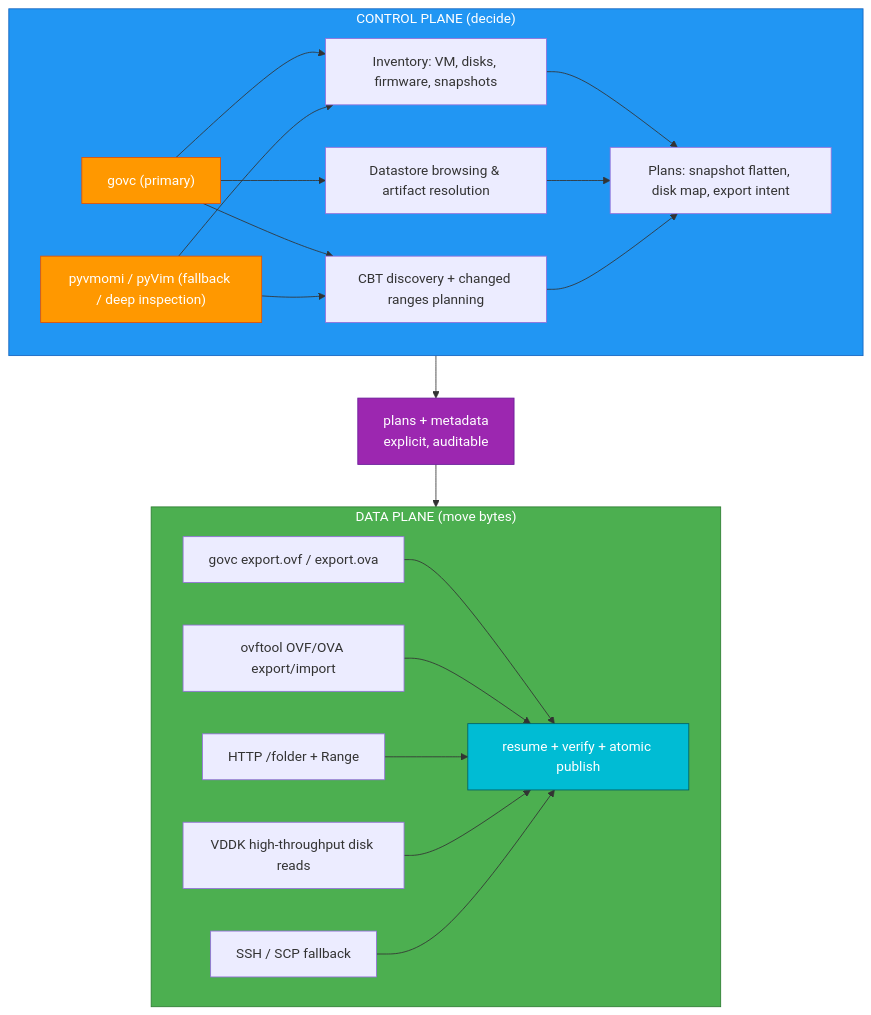
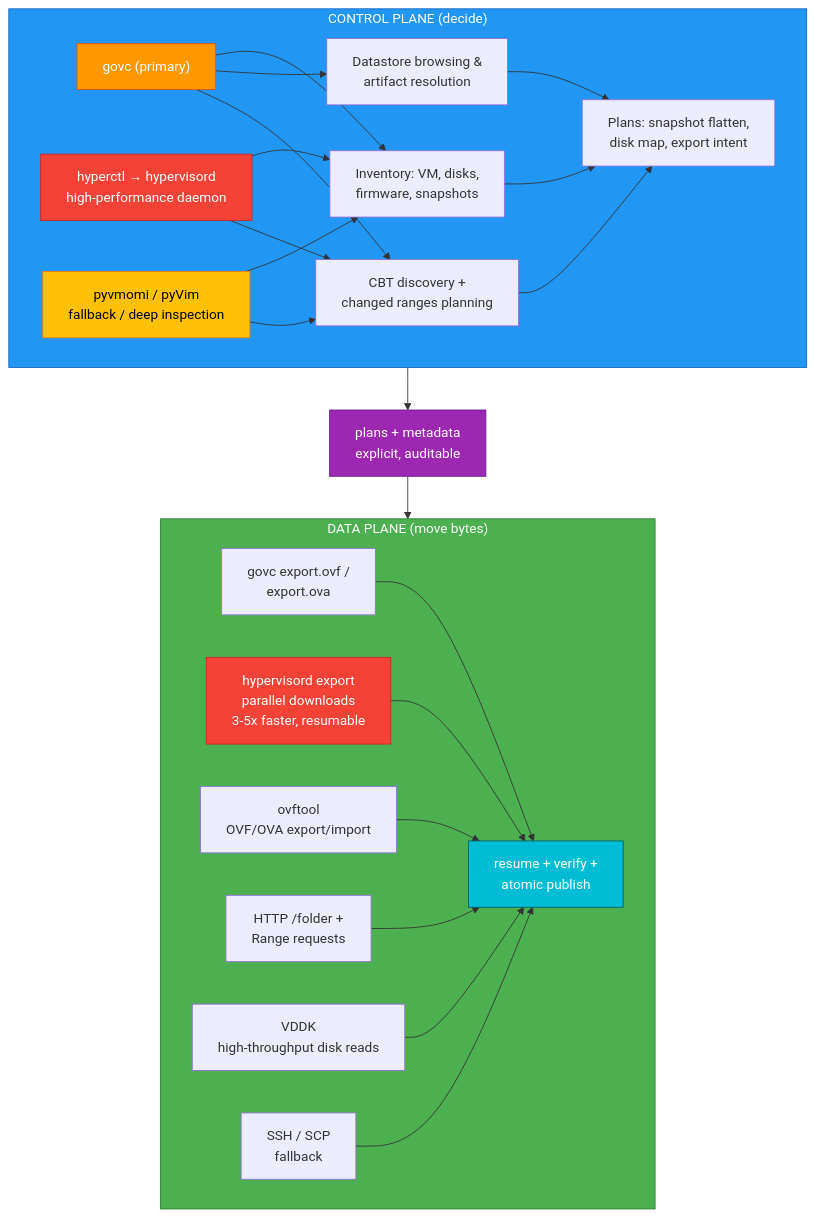
One commit to ssahani/hyper2kvm changed the second of 2 diagrams in README.md. Above: the diagram before and after it, drawn with Mermaid.

Commit message:
docs: Add hyperctl/hypervisord to control and data plane diagrams
- Show hyperctl → hypervisord in control plane (high-performance daemon)
- Show hypervisord export in data plane (parallel downloads, 3-5x faster, resumable)
- Use red color scheme to distinguish from govc (orange)
- Clarify the CLI → daemon relationship

````diff
--- a/README.md
+++ b/README.md
@@ -757,45 +757,52 @@
 ```mermaid
 flowchart TB
   subgraph CP["CONTROL PLANE (decide)"]
     GOVC["govc (primary)"]
-    PYVM["pyvmomi / pyVim (fallback / deep inspection)"]
-    INV["Inventory: VM, disks, firmware, snapshots"]
-    PLAN["Plans: snapshot flatten, disk map, export intent"]
-    DS["Datastore browsing & artifact resolution"]
-    CBT["CBT discovery + changed ranges planning"]
+    HYPERCTL["hyperctl → hypervisord<br/>high-performance daemon"]
+    PYVM["pyvmomi / pyVim<br/>fallback / deep inspection"]
+    INV["Inventory: VM, disks,<br/>firmware, snapshots"]
+    PLAN["Plans: snapshot flatten,<br/>disk map, export intent"]
+    DS["Datastore browsing &<br/>artifact resolution"]
+    CBT["CBT discovery +<br/>changed ranges planning"]
 
     GOVC --> INV
+    HYPERCTL --> INV
     GOVC --> DS
     GOVC --> CBT
+    HYPERCTL --> CBT
     PYVM --> INV
     PYVM --> CBT
     INV --> PLAN
     DS --> PLAN
     CBT --> PLAN
   end
 
   META["plans + metadata<br/>explicit, auditable"]
 
   subgraph DP["DATA PLANE (move bytes)"]
-    GOVCEXP["govc export.ovf / export.ova"]
-    OVFTOOL["ovftool OVF/OVA export/import"]
-    HTTP["HTTP /folder + Range"]
-    VDDK["VDDK high-throughput disk reads"]
-    SSH["SSH / SCP fallback"]
-    RESUME["resume + verify + atomic publish"]
+    GOVCEXP["govc export.ovf /<br/>export.ova"]
+    HYPEREXP["hypervisord export<br/>parallel downloads<br/>3-5x faster, resumable"]
+    OVFTOOL["ovftool<br/>OVF/OVA export/import"]
+    HTTP["HTTP /folder +<br/>Range requests"]
+    VDDK["VDDK<br/>high-throughput disk reads"]
+    SSH["SSH / SCP<br/>fallback"]
+    RESUME["resume + verify +<br/>atomic publish"]
   end
 
   CP --> META --> DP
   GOVCEXP --> RESUME
+  HYPEREXP --> RESUME
   OVFTOOL --> RESUME
   HTTP --> RESUME
   VDDK --> RESUME
   SSH --> RESUME
 
   style CP fill:#2196F3,stroke:#1565C0,color:#fff
   style DP fill:#4CAF50,stroke:#2E7D32,color:#fff
   style META fill:#9C27B0,stroke:#6A1B9A,color:#fff
   style GOVC fill:#FF9800,stroke:#E65100,color:#fff
-  style PYVM fill:#FF9800,stroke:#E65100,color:#fff
+  style HYPERCTL fill:#F44336,stroke:#C62828,color:#fff
+  style HYPEREXP fill:#F44336,stroke:#C62828,color:#fff
+  style PYVM fill:#FFC107,stroke:#F57C00,color:#000
   style RESUME fill:#00BCD4,stroke:#006064,color:#fff
 ```
````
